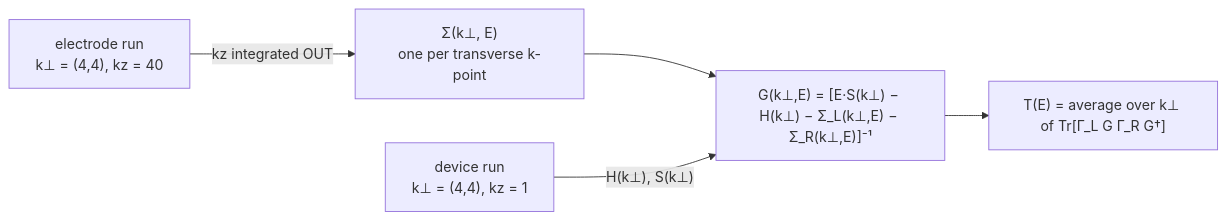
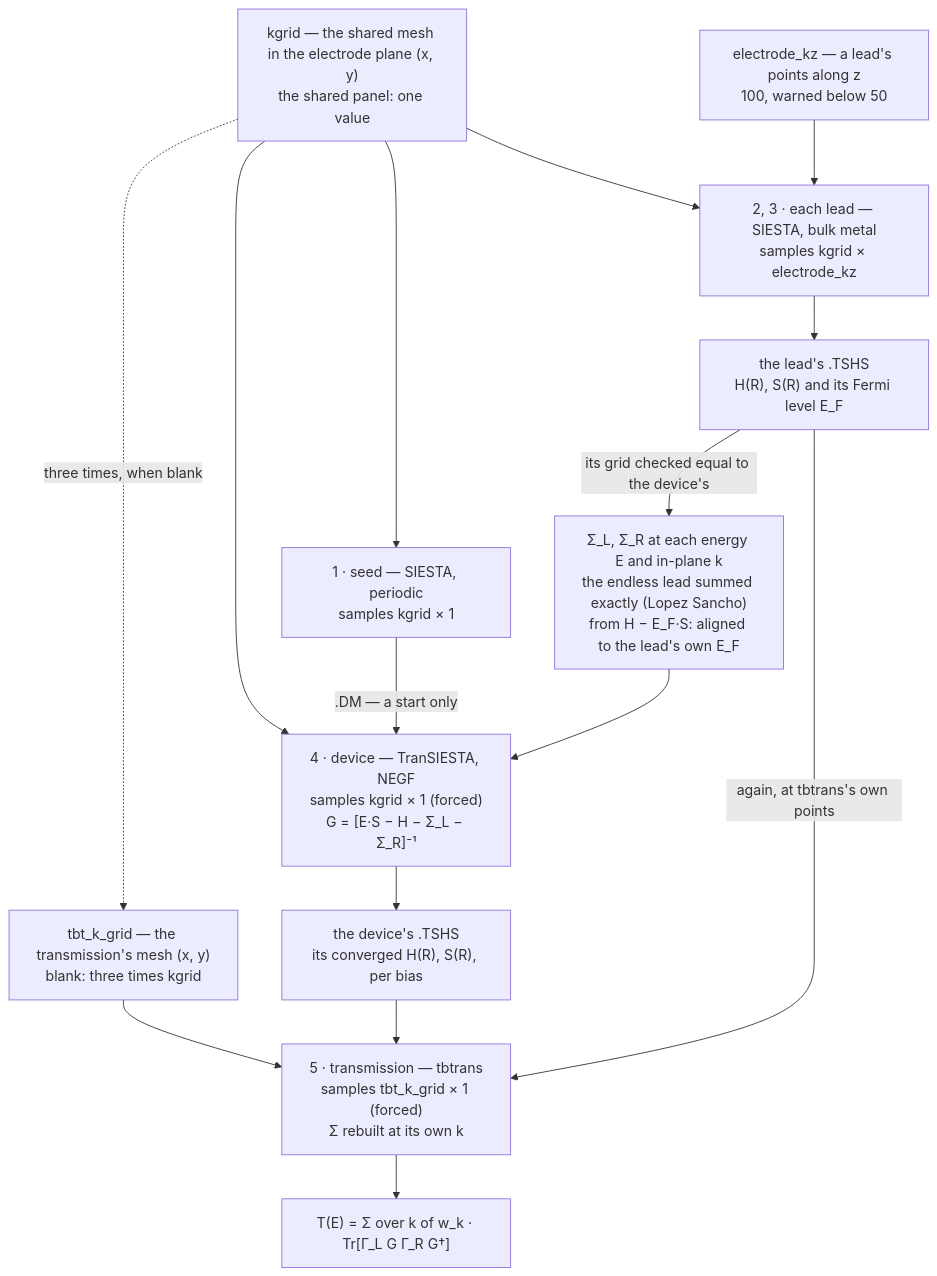
The third of 12 diagrams in docs/engines/transport.md (Qing-LAB/molbuilder), drawn with Mermaid before and after one commit. The commit also changed other lines of this file and 282 other files, not shown here.

````diff
--- a/docs/engines/transport.md
+++ b/docs/engines/transport.md
@@ -154,7 +130,28 @@
 ```mermaid
-flowchart LR
-    E["electrode run<br/>k⊥ = (4,4), kz = 40"] -->|"kz integrated OUT"| SE["Σ(k⊥, E)<br/>one per transverse k-point"]
-    SE --> G["G(k⊥,E) = [E·S(k⊥) − H(k⊥) − Σ_L(k⊥,E) − Σ_R(k⊥,E)]⁻¹"]
-    DEV["device run<br/>k⊥ = (4,4), kz = 1"] -->|"H(k⊥), S(k⊥)"| G
-    G --> TK["T(E) = average over k⊥ of Tr[Γ_L G Γ_R G†]"]
+flowchart TD
+    KG["kgrid — the shared mesh in the electrode plane (x, y)<br/>the shared panel: one value"]
+    KZ["electrode_kz — a lead's points along z<br/>100, warned below 50"]
+    TK["tbt_k_grid — the transmission's mesh (x, y)<br/>blank: three times kgrid"]
+    SEED["1 · seed — SIESTA, periodic<br/>samples kgrid × 1"]
+    LEAD["2, 3 · each lead — SIESTA, bulk metal<br/>samples kgrid × electrode_kz"]
+    LH["the lead's .TSHS<br/>H(R), S(R) and its Fermi level E_F"]
+    SE["Σ_L, Σ_R at each energy E and in-plane k<br/>the endless lead summed exactly (Lopez Sancho)<br/>from H − E_F·S: aligned to the lead's own E_F"]
+    DEV["4 · device — TranSIESTA, NEGF<br/>samples kgrid × 1 (forced)<br/>G = [E·S − H − Σ_L − Σ_R]⁻¹"]
+    DH["the device's .TSHS<br/>its converged H(R), S(R), per bias"]
+    TB["5 · transmission — tbtrans<br/>samples tbt_k_grid × 1 (forced)<br/>Σ rebuilt at its own k"]
+    T["T(E) = Σ over k of w_k · Tr[Γ_L G Γ_R G†]"]
+    KG --> SEED
+    KG --> LEAD
+    KG --> DEV
+    KZ --> LEAD
+    KG -. "three times, when blank" .-> TK
+    TK --> TB
+    SEED -->|".DM — a start only"| DEV
+    LEAD --> LH
+    LH -->|"its grid checked equal to the device's"| SE
+    SE --> DEV
+    DEV --> DH
+    DH --> TB
+    LH -->|"again, at tbtrans's own points"| TB
+    TB --> T
 ```
````
